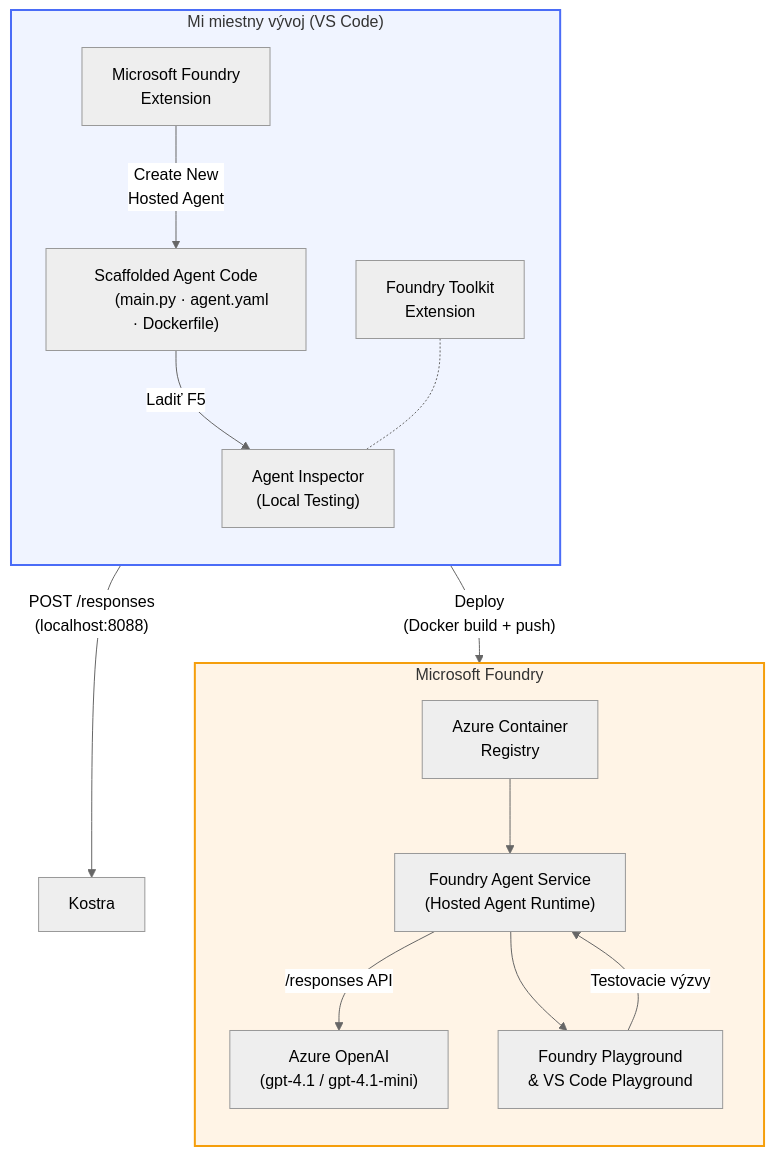
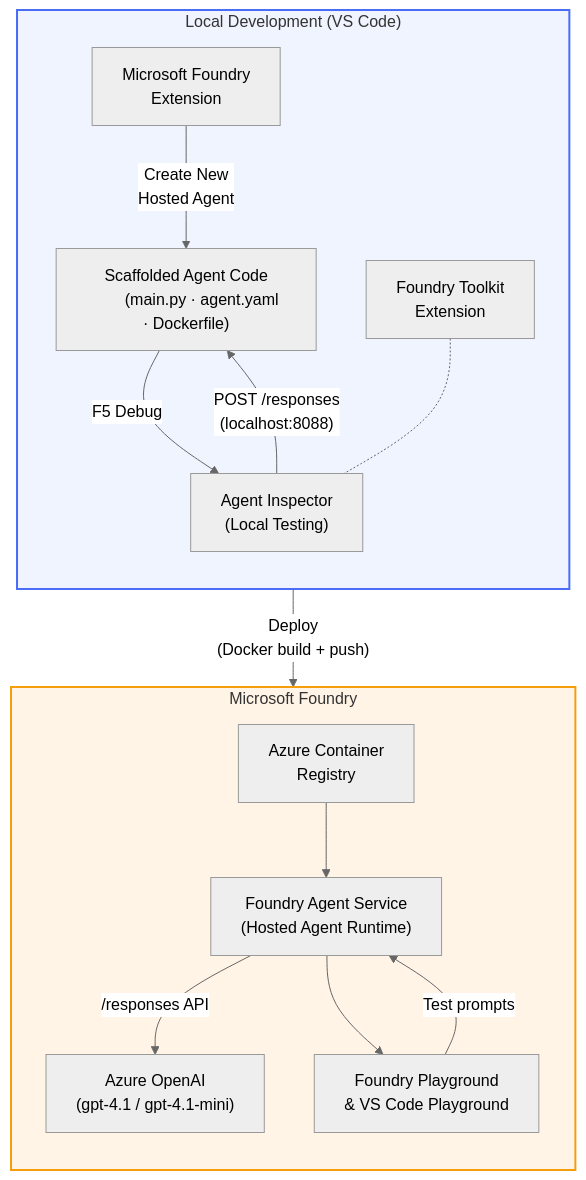
One commit to microsoft-foundry/Foundry_Toolkit_for_VSCode_Lab changed the diagram in translations/sk/README.md. Above: the diagram before and after it, drawn with Mermaid (neutral theme). The commit also changed other lines of this file and 8 other files, not shown here.

````diff
--- a/translations/sk/README.md
+++ b/translations/sk/README.md
@@ -52,42 +52,42 @@
 ```mermaid
 flowchart TB
-    subgraph Local["Mi miestny vývoj (VS Code)"]
+    subgraph Local["Local Development (VS Code)"]
         direction TB
         FE["Microsoft Foundry
         Extension"]
         FoundryToolkit["Foundry Toolkit
         Extension"]
         Scaffold["Scaffolded Agent Code
         (main.py · agent.yaml · Dockerfile)"]
         Inspector["Agent Inspector
         (Local Testing)"]
         FE -- "Create New
         Hosted Agent" --> Scaffold
-        Scaffold -- "Ladiť F5" --> Inspector
+        Scaffold -- "F5 Debug" --> Inspector
         FoundryToolkit -.- Inspector
     end
 
     subgraph Cloud["Microsoft Foundry"]
         direction TB
         ACR["Azure Container
         Registry"]
         AgentService["Foundry Agent Service
         (Hosted Agent Runtime)"]
         Model["Azure OpenAI
         (gpt-4.1 / gpt-4.1-mini)"]
         Playground["Foundry Playground
         & VS Code Playground"]
         ACR --> AgentService
         AgentService -- "/responses API" --> Model
         AgentService --> Playground
     end
 
     Scaffold -- "Deploy
     (Docker build + push)" --> ACR
     Inspector -- "POST /responses
-    (localhost:8088)" --> Kostra
-    Playground -- "Testovacie výzvy" --> AgentService
+    (localhost:8088)" --> Scaffold
+    Playground -- "Test prompts" --> AgentService
 
     style Local fill:#f0f4ff,stroke:#4a6cf7,stroke-width:2px
     style Cloud fill:#fff4e6,stroke:#f59e0b,stroke-width:2px
 ```
````
